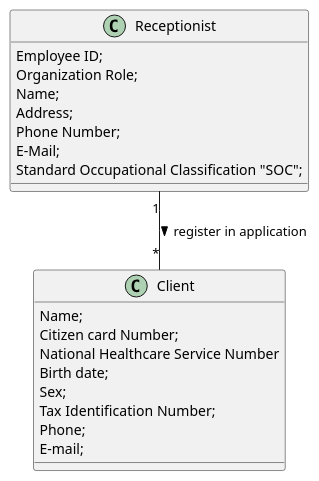
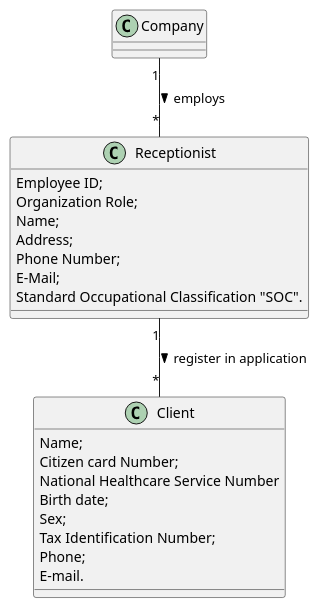
One commit to MarianaCLages/LAPR2 changed the diagram in docs/SprintB/US03/US3_MD.puml. Above: the diagram before and after it, drawn with PlantUML. The commit also changed 10 other files, not shown here.

```diff
--- a/docs/SprintB/US03/US3_MD.puml
+++ b/docs/SprintB/US03/US3_MD.puml
@@ -1,34 +1,39 @@
 @startuml
+
+class Company{
+}
+
 class Receptionist{
 Employee ID;
 Organization Role;
 Name;
 Address;
 Phone Number;
 E-Mail;
-Standard Occupational Classification "SOC";
+Standard Occupational Classification "SOC".
 }
 
 class Client{
 Name;
 Citizen card Number;
 National Healthcare Service Number
 Birth date;
 Sex;
 Tax Identification Number;
 Phone;
-E-mail;
+E-mail.
 }
 
+Company "1" -- "*" Receptionist: employs >
 Receptionist "1" -- "*" Client: register in application >
 
 
 
 
 
 
 
 
 
 
 @enduml
```
